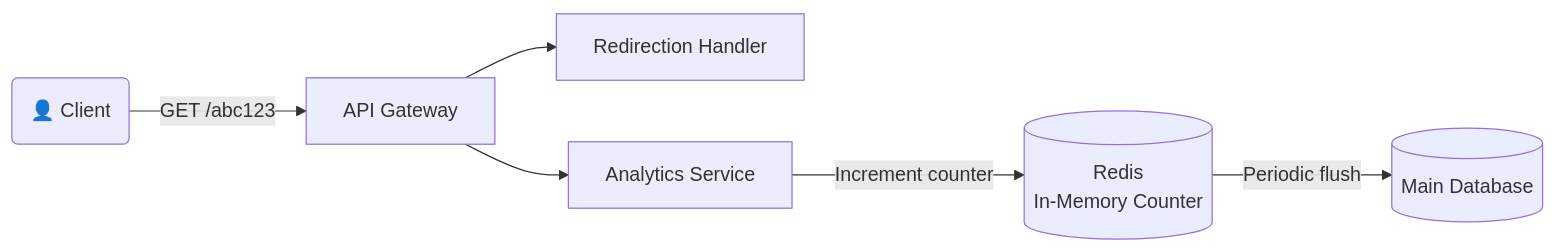
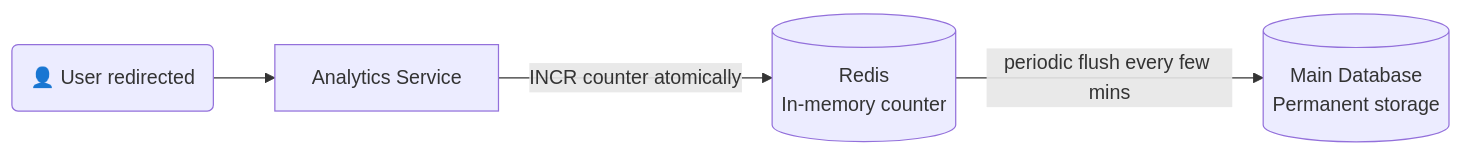
Before and after one commit to gajwala/DSA-Topic-wise: the fourth of 6 diagrams in SYSTEM_DESIGN/URL_SHORTNER.md, drawn with Mermaid. The commit also changed other lines of this file, not shown here.

````diff
--- a/SYSTEM_DESIGN/URL_SHORTNER.md
+++ b/SYSTEM_DESIGN/URL_SHORTNER.md
@@ -114,8 +140,6 @@
 ```mermaid
 flowchart LR
-    A(👤 Client) -->|GET /abc123| B[API Gateway]
-    B --> C[Redirection Handler]
-    B --> D[Analytics Service]
-    D -->|Increment counter| E[(Redis\nIn-Memory Counter)]
-    E -->|Periodic flush| F[(Main Database)]
+    A(👤 User redirected) --> B[Analytics Service]
+    B -->|INCR counter atomically| C[(Redis\nIn-memory counter)]
+    C -->|periodic flush every few mins| D[(Main Database\nPermanent storage)]
 ```
````
